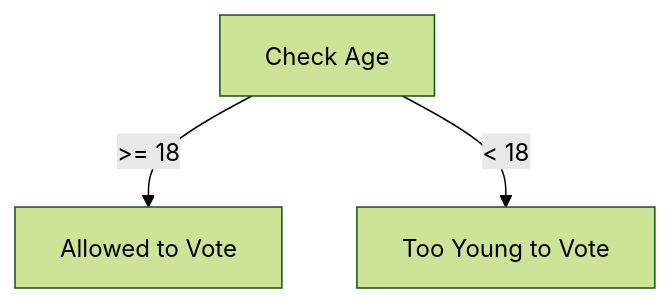
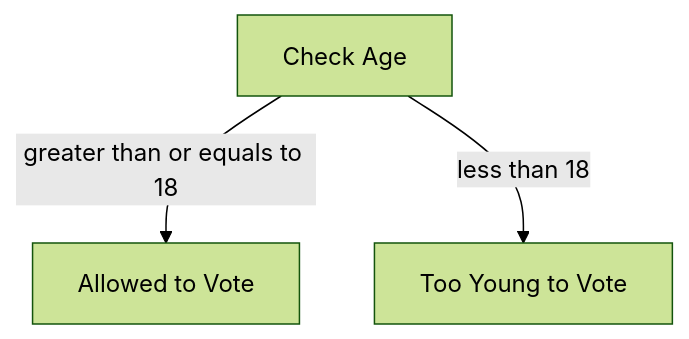
Before and after one commit to dasingh9/blog-posts: the first of 3 diagrams in javascript/js-conditions-and-switch-guide-with-diagrams.md, drawn with Mermaid (forest theme). The commit also changed other lines of this file, not shown here.

````diff
--- a/javascript/js-conditions-and-switch-guide-with-diagrams.md
+++ b/javascript/js-conditions-and-switch-guide-with-diagrams.md
@@ -38,5 +35,5 @@
 ```mermaid
 flowchart TD
-  A[Check Age] -->|">= 18"| B[Allowed to Vote]
-  A -->|< 18| C[Too Young to Vote]
+  A[Check Age] -->|greater than or equals to 18| B[Allowed to Vote]
+  A -->|less than 18| C[Too Young to Vote]
 ```
````
